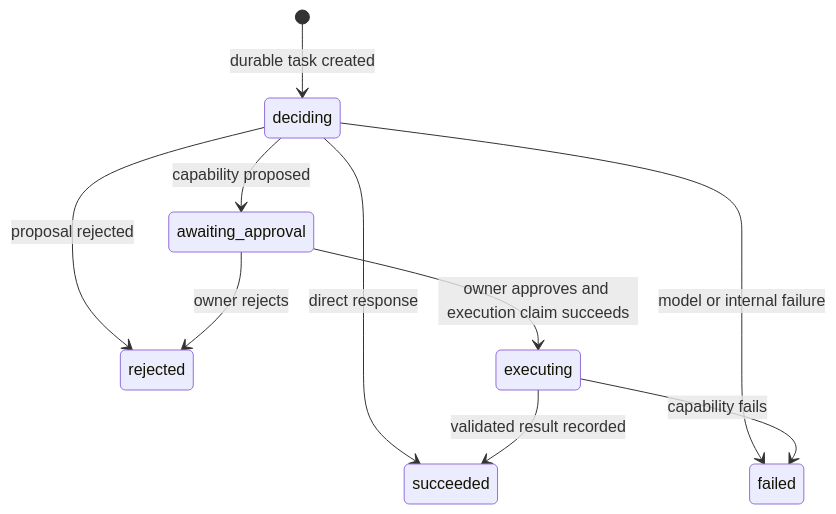
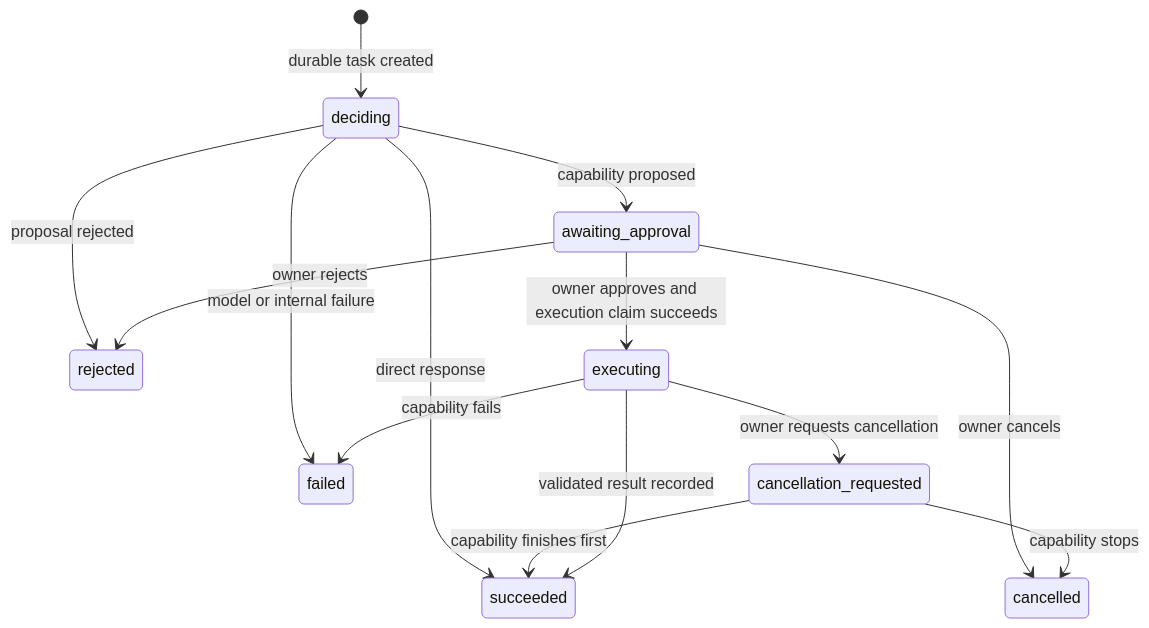
One commit to 4romgod/vera changed the diagram in docs/api.md. Above: the diagram before and after it, drawn with Mermaid. The commit also changed other lines of this file and 57 other files, not shown here.

````diff
--- a/docs/api.md
+++ b/docs/api.md
@@ -37,12 +46,16 @@
 ```mermaid
 stateDiagram-v2
     [*] --> deciding: durable task created
     deciding --> succeeded: direct response
     deciding --> rejected: proposal rejected
     deciding --> failed: model or internal failure
     deciding --> awaiting_approval: capability proposed
     awaiting_approval --> rejected: owner rejects
+    awaiting_approval --> cancelled: owner cancels
     awaiting_approval --> executing: owner approves and execution claim succeeds
+    executing --> cancellation_requested: owner requests cancellation
+    cancellation_requested --> cancelled: capability stops
+    cancellation_requested --> succeeded: capability finishes first
     executing --> succeeded: validated result recorded
     executing --> failed: capability fails
 ```
````
